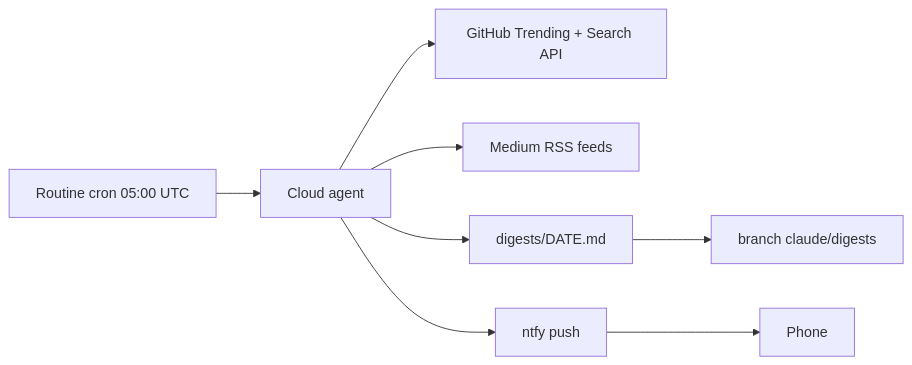
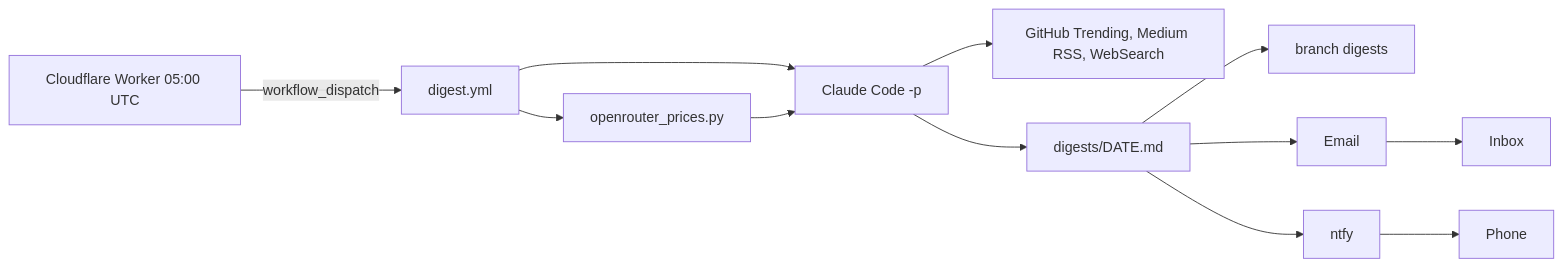
The diagram in README.md (teodorio95-portofolio/ai-trends-digest), drawn with Mermaid before and after one commit. The commit also changed other lines of this file and 4 other files, not shown here.

Commit message:
feat: run the digest in GitHub Actions with email and ntfy delivery (#4)

````diff
--- a/README.md
+++ b/README.md
@@ -12,9 +14,12 @@
 ```mermaid
 flowchart LR
-  cron[Routine cron 05:00 UTC] --> agent[Cloud agent]
-  agent --> gh[GitHub Trending + Search API]
-  agent --> med[Medium RSS feeds]
-  agent --> md[digests/DATE.md]
-  md --> branch[branch claude/digests]
-  agent --> ntfy[ntfy push] --> phone[Phone]
+  worker[Cloudflare Worker 05:00 UTC] -->|workflow_dispatch| wf[digest.yml]
+  wf --> or[openrouter_prices.py]
+  wf --> cc[Claude Code -p]
+  cc --> src[GitHub Trending, Medium RSS, WebSearch]
+  or --> cc
+  cc --> md[digests/DATE.md]
+  md --> branch[branch digests]
+  md --> mail[Email] --> inbox[Inbox]
+  md --> ntfy[ntfy] --> phone[Phone]
 ```
````
